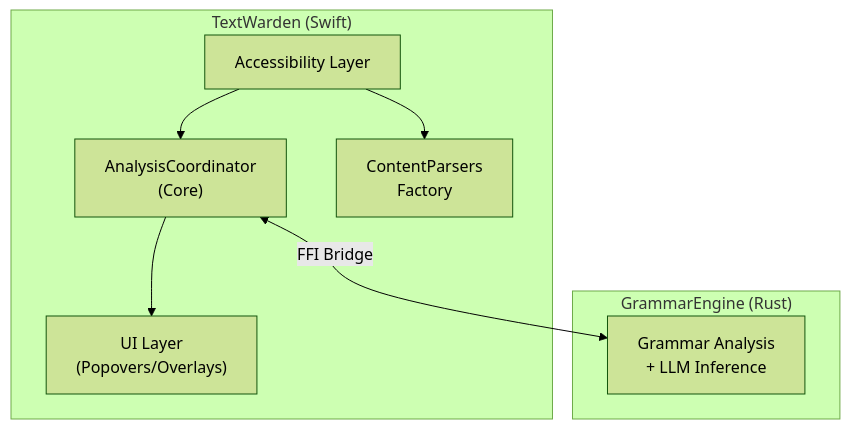
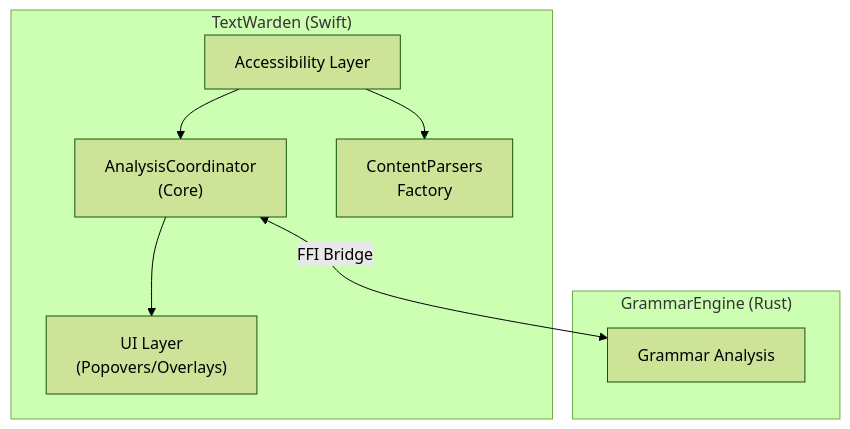
Before and after one commit to PhilipSchmid/textwarden: the first of 4 diagrams in ARCHITECTURE.md, drawn with Mermaid (forest theme). The commit also changed other lines of this file and 31 other files, not shown here.

````diff
--- a/ARCHITECTURE.md
+++ b/ARCHITECTURE.md
@@ -9,19 +9,19 @@
 ```mermaid
 flowchart TB
     subgraph Swift["TextWarden (Swift)"]
         AX["Accessibility Layer"]
         AC["AnalysisCoordinator<br/>(Core)"]
         UI["UI Layer<br/>(Popovers/Overlays)"]
         CP["ContentParsers<br/>Factory"]
 
         AX --> AC
         AC --> UI
         AX --> CP
     end
 
     subgraph Rust["GrammarEngine (Rust)"]
-        GE["Grammar Analysis<br/>+ LLM Inference"]
+        GE["Grammar Analysis"]
     end
 
     AC <-->|"FFI Bridge"| GE
 ```
````
